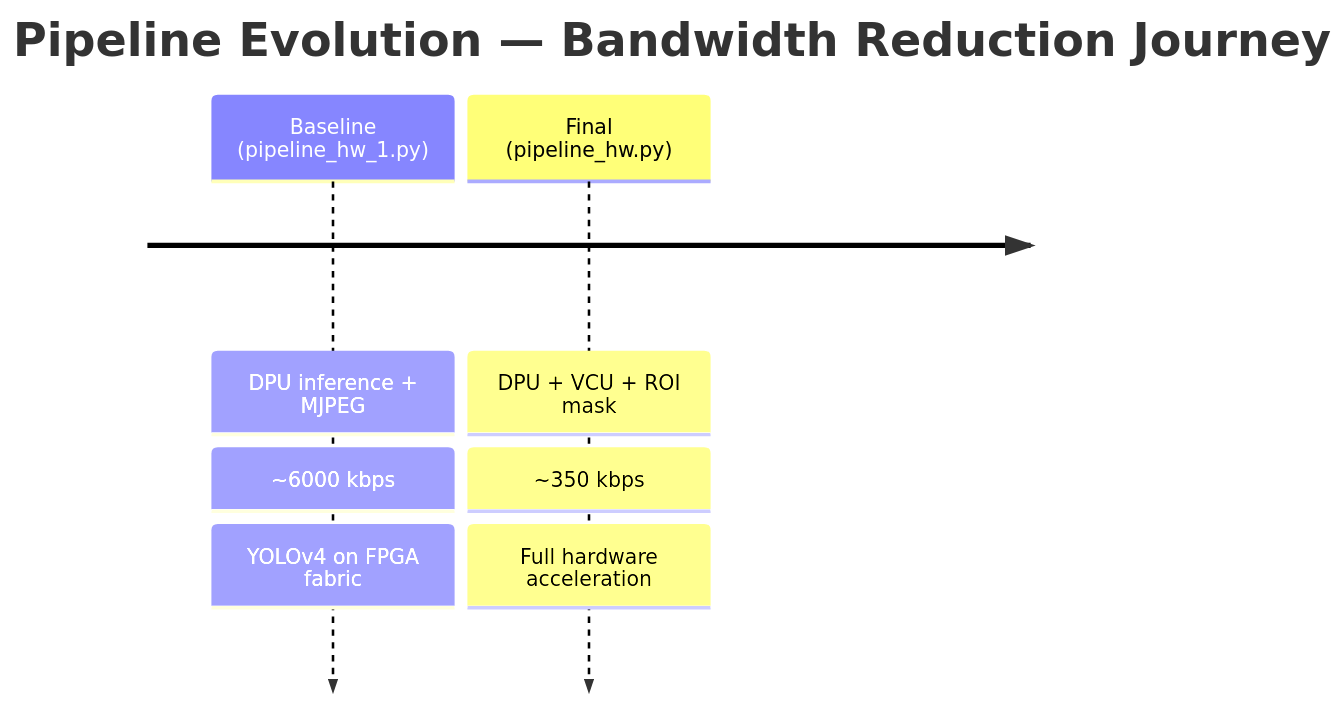
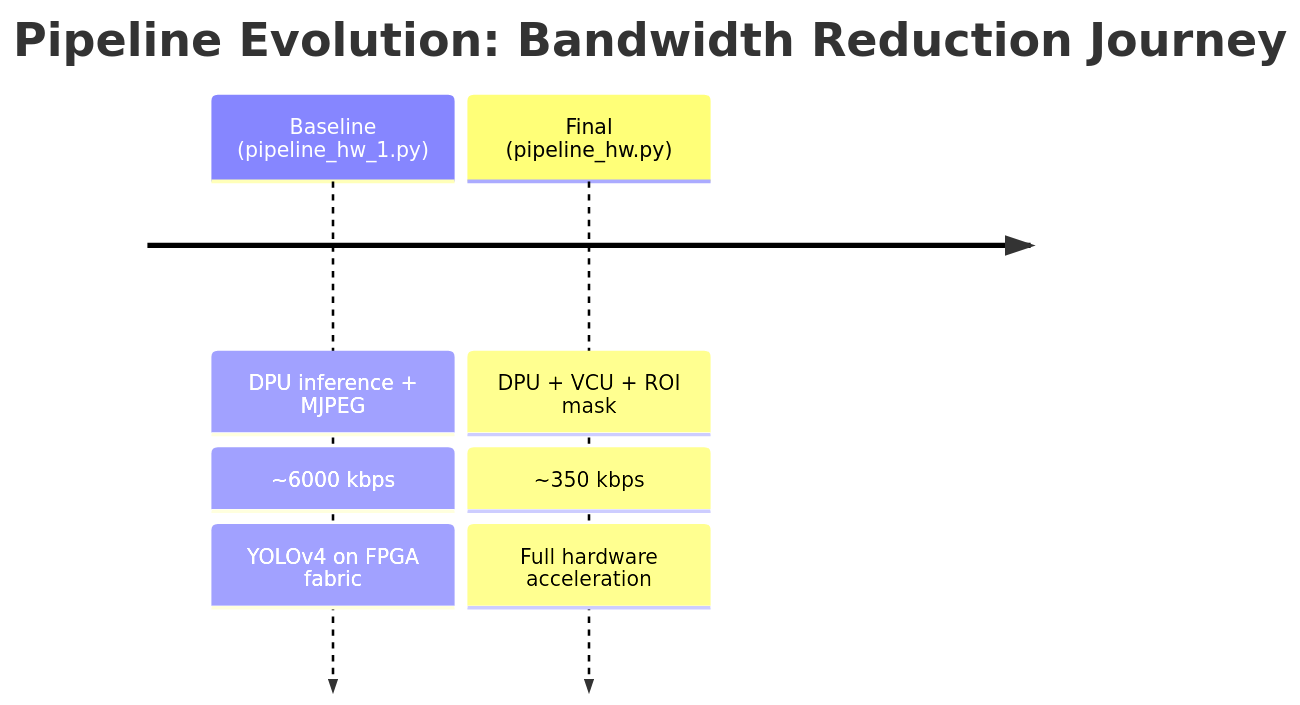
Before and after one commit to HeetYadav/zcu104-adaptive-video-pipeline: the diagram in README.md, drawn with Mermaid. The commit also changed other lines of this file and 32 other files, not shown here.

````diff
--- a/README.md
+++ b/README.md
@@ -55,6 +55,6 @@
 ```mermaid
 timeline
-    title Pipeline Evolution — Bandwidth Reduction Journey
+    title Pipeline Evolution: Bandwidth Reduction Journey
     Baseline (pipeline_hw_1.py) : DPU inference + MJPEG : ~6000 kbps : YOLOv4 on FPGA fabric
     Final (pipeline_hw.py) : DPU + VCU + ROI mask : ~350 kbps : Full hardware acceleration
 ```
````
